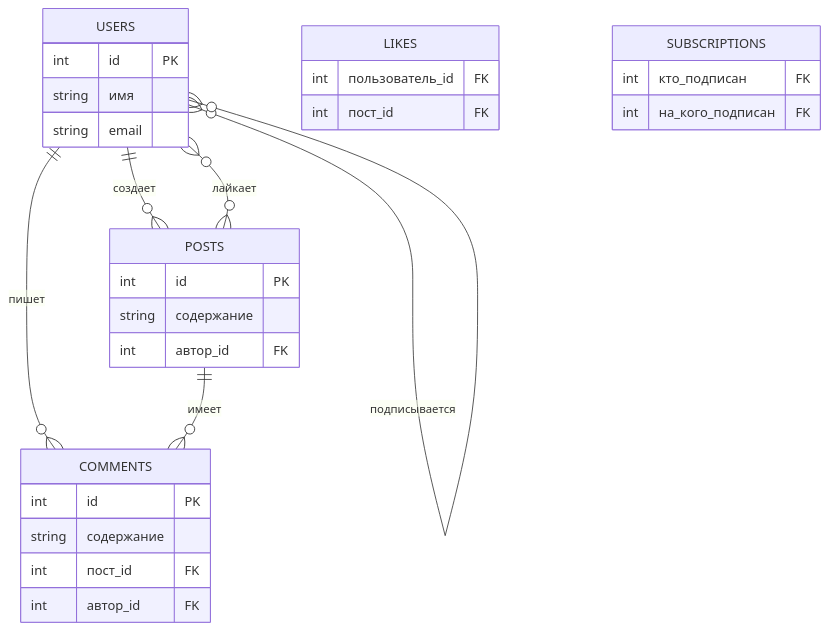
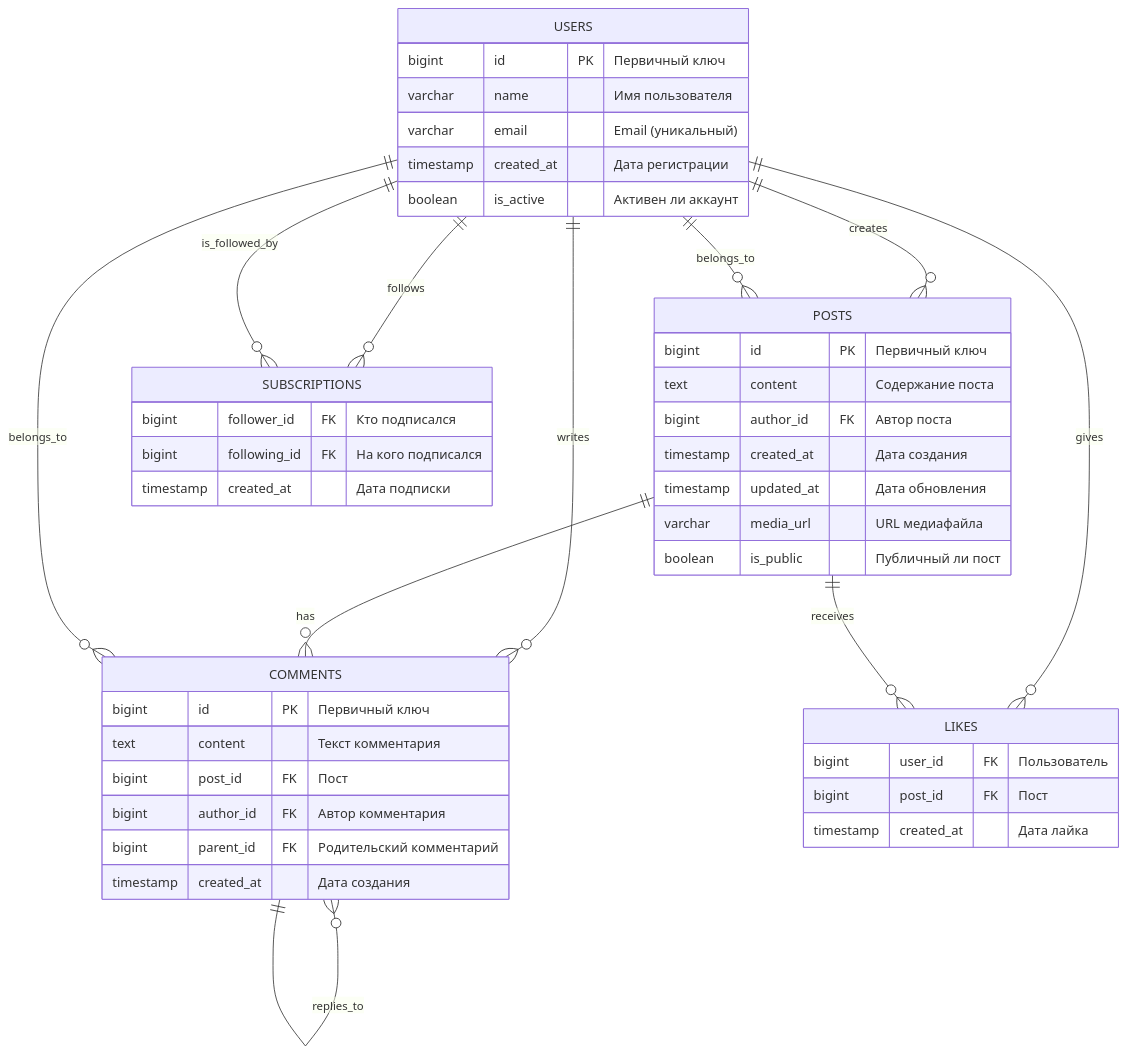
Before and after one commit to Evgeny65ok/mermaid-diagrams: the ninth of 11 diagrams in README.md, drawn with Mermaid. The commit also changed other lines of this file, not shown here.

Commit message:
Обновил диаграммы

````diff
--- a/README.md
+++ b/README.md
@@ -162,34 +257,55 @@
 ```mermaid
 erDiagram
+    %% Сущности
     USERS {
-        int id PK
-        string имя
-        string email
+        bigint id PK "Первичный ключ"
+        varchar name "Имя пользователя"
+        varchar email "Email (уникальный)"
+        timestamp created_at "Дата регистрации"
+        boolean is_active "Активен ли аккаунт"
     }
-
+    
     POSTS {
-        int id PK
-        string содержание
-        int автор_id FK
+        bigint id PK "Первичный ключ"
+        text content "Содержание поста"
+        bigint author_id FK "Автор поста"
+        timestamp created_at "Дата создания"
+        timestamp updated_at "Дата обновления"
+        varchar media_url "URL медиафайла"
+        boolean is_public "Публичный ли пост"
     }
-
+    
     COMMENTS {
-        int id PK
-        string содержание
-        int пост_id FK
-        int автор_id FK
+        bigint id PK "Первичный ключ"
+        text content "Текст комментария"
+        bigint post_id FK "Пост"
+        bigint author_id FK "Автор комментария"
+        bigint parent_id FK "Родительский комментарий"
+        timestamp created_at "Дата создания"
     }
+    
     LIKES {
-        int пользователь_id FK
-        int пост_id FK
+        bigint user_id FK "Пользователь"
+        bigint post_id FK "Пост"
+        timestamp created_at "Дата лайка"
     }
+    
     SUBSCRIPTIONS {
-        int кто_подписан FK
-        int на_кого_подписан FK
+        bigint follower_id FK "Кто подписался"
+        bigint following_id FK "На кого подписался"
+        timestamp created_at "Дата подписки"
     }
-    USERS ||--o{ POSTS : создает
-    USERS ||--o{ COMMENTS : пишет
-    POSTS ||--o{ COMMENTS : имеет
-    USERS }o--o{ POSTS : лайкает
-    USERS }o--o{ USERS : подписывается
+    
+    %% Отношения
+    USERS ||--o{ POSTS : creates
+    USERS ||--o{ COMMENTS : writes
+    USERS ||--o{ LIKES : gives
+    USERS ||--o{ SUBSCRIPTIONS : follows
+    USERS ||--o{ SUBSCRIPTIONS : is_followed_by
+    
+    POSTS ||--o{ COMMENTS : has
+    POSTS ||--o{ LIKES : receives
+    COMMENTS }o--|| COMMENTS : replies_to
+    POSTS }o--|| USERS : belongs_to
+    COMMENTS }o--|| USERS : belongs_to
 ```
````
